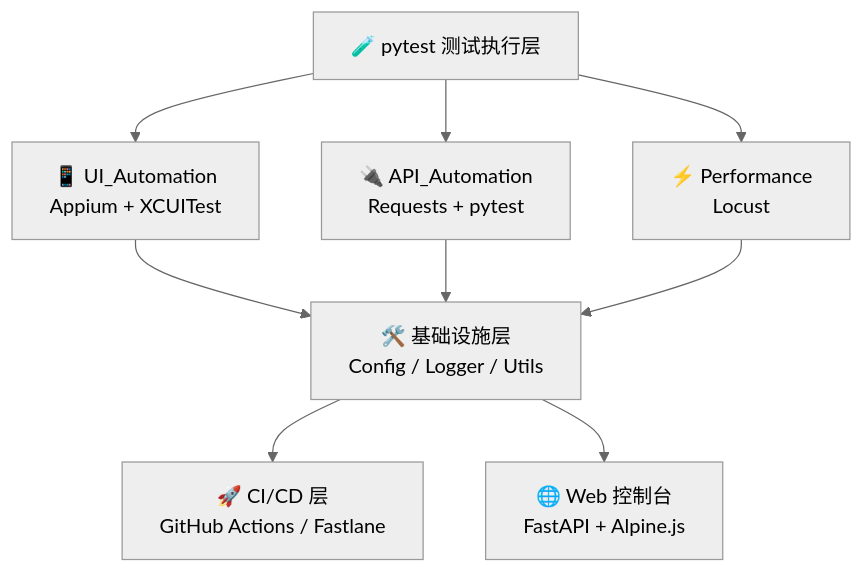
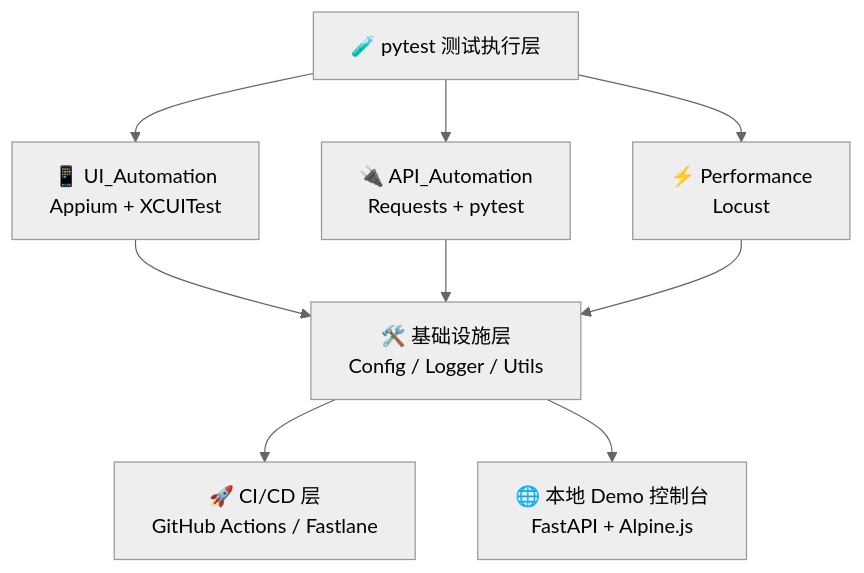
Before and after one commit to qd1332543/iOS-Automation-Framework: the diagram in README.md, drawn with Mermaid (neutral theme). The commit also changed other lines of this file and 3 other files, not shown here.

````diff
--- a/README.md
+++ b/README.md
@@ -31,11 +36,11 @@
 ```mermaid
 graph TD
     A[🧪 pytest 测试执行层]
     A --> B[📱 UI_Automation<br/>Appium + XCUITest]
     A --> C[🔌 API_Automation<br/>Requests + pytest]
     A --> D[⚡ Performance<br/>Locust]
 
     B & C & D --> E[🛠️ 基础设施层<br/>Config / Logger / Utils]
     E --> F[🚀 CI/CD 层<br/>GitHub Actions / Fastlane]
-    E --> G[🌐 Web 控制台<br/>FastAPI + Alpine.js]
+    E --> G[🌐 本地 Demo 控制台<br/>FastAPI + Alpine.js]
 ```
````
